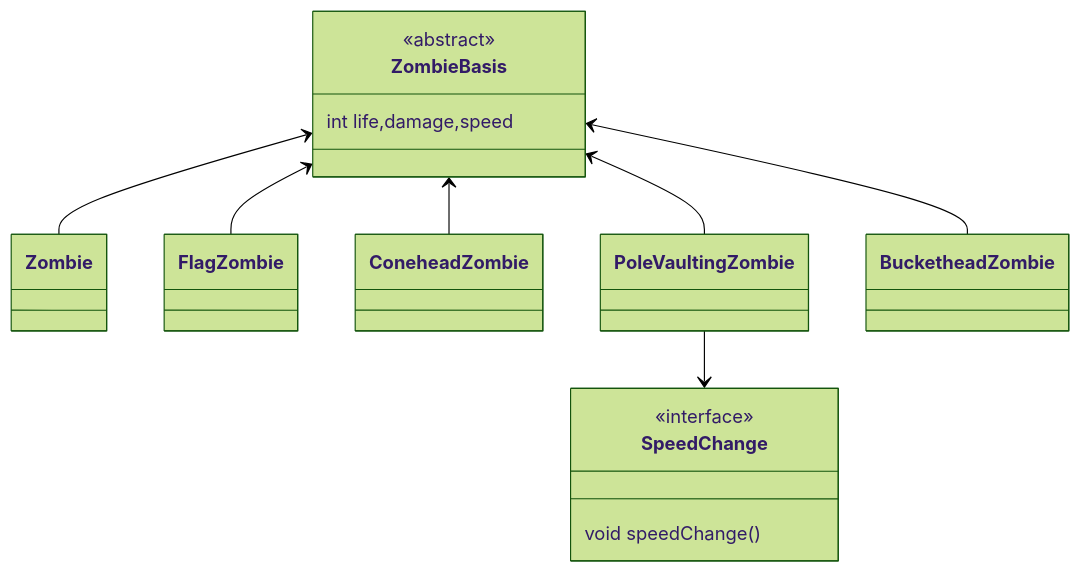
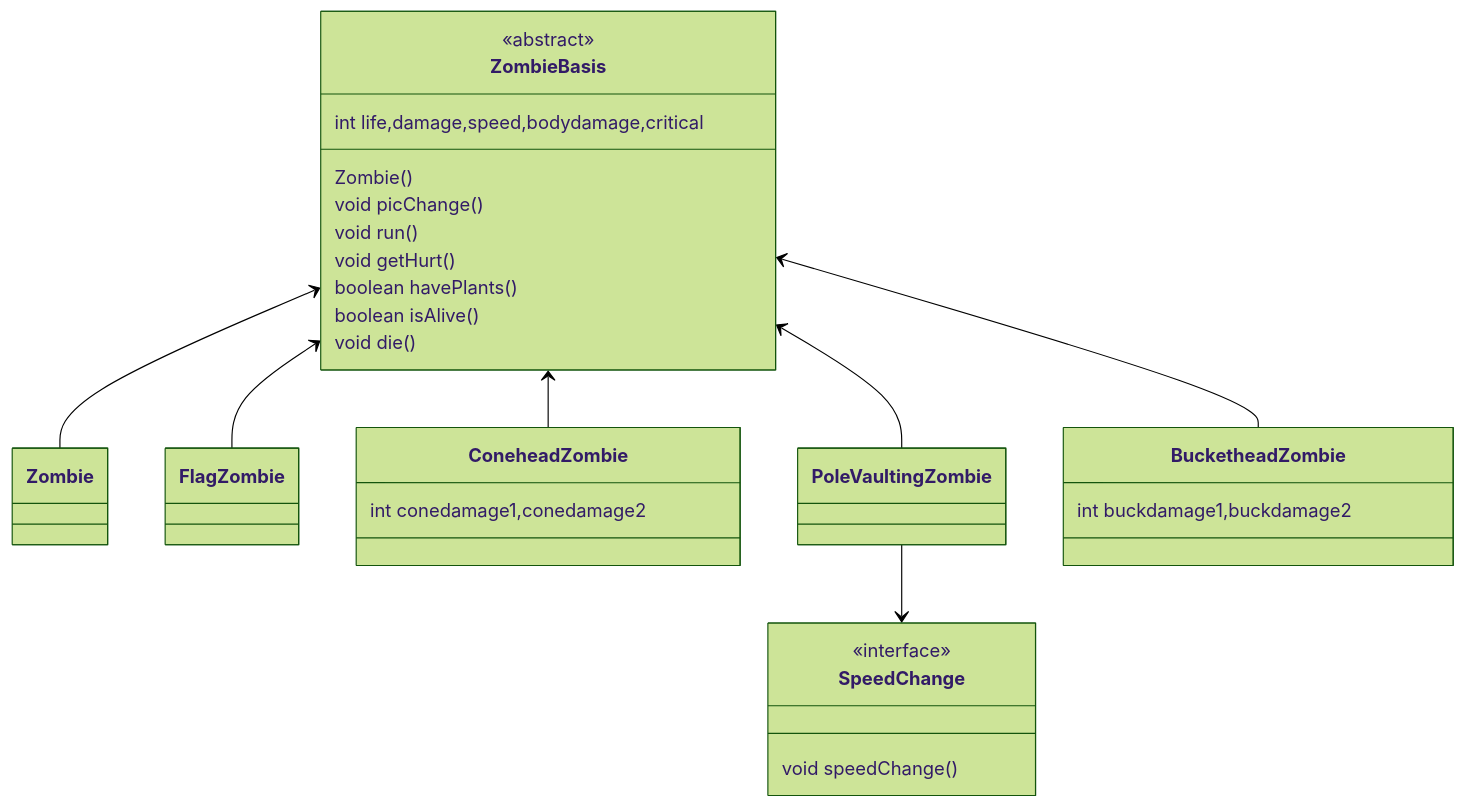
Before and after one commit to poppanda/PlantsVsZombies: the diagram in means/ZombieFrame.md, drawn with Mermaid (forest theme).

Commit message:
Update ZombieFrame.md
完善僵尸类

````diff
--- a/means/ZombieFrame.md
+++ b/means/ZombieFrame.md
@@ -1,26 +1,42 @@
 ```mermaid
 classDiagram
 class ZombieBasis{
 	<<abstract>>
-	int life,damage,speed
+	int life,damage,speed,bodydamage,critical
+	Zombie()
+	void picChange()
+	void run()
+	void getHurt()
+	boolean havePlants()
+	boolean isAlive()
+	void die()
 }
 
 class SpeedChange{
 	<<interface>>
 	void speedChange()
 }
 
 class	Zombie
 class FlagZombie
 class ConeheadZombie
 class PoleVaultingZombie
 class BucketheadZombie
 
+class ConeheadZombie{
+    int conedamage1,conedamage2
+}
+
+class BucketheadZombie{
+    int buckdamage1,buckdamage2
+}
+
+
 ZombieBasis<--Zombie
 ZombieBasis<--FlagZombie
 ZombieBasis<--ConeheadZombie
 ZombieBasis<--PoleVaultingZombie
 ZombieBasis<--BucketheadZombie
 
 PoleVaultingZombie-->SpeedChange
 ```
````
